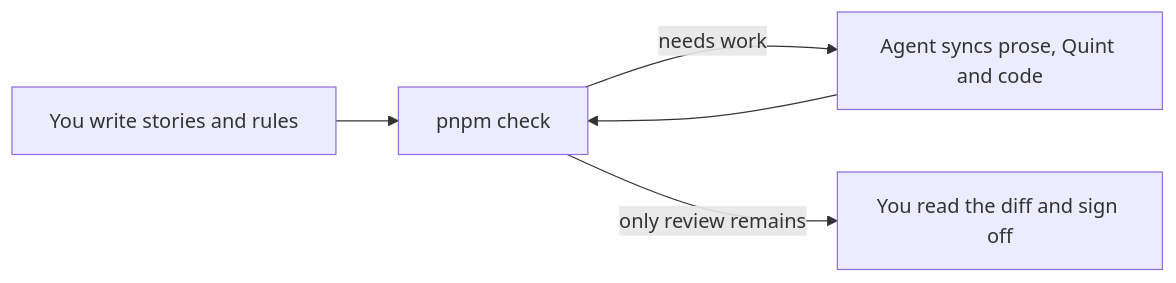
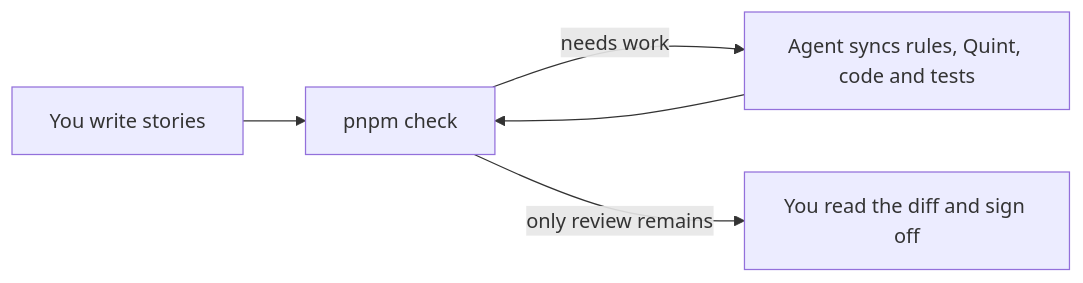
One commit to lalalune/vibespec-starter changed the second of 2 diagrams in README.md. Above: the diagram before and after it, drawn with Mermaid. The commit also changed other lines of this file, not shown here.

````diff
--- a/README.md
+++ b/README.md
@@ -164,7 +177,7 @@
 ```mermaid
 flowchart LR
-  edit["You write stories and rules"] --> check["pnpm check"]
-  check -- "needs work" --> agent["Agent syncs prose, Quint and code"]
+  edit["You write stories"] --> check["pnpm check"]
+  check -- "needs work" --> agent["Agent syncs rules, Quint, code and tests"]
   agent --> check
   check -- "only review remains" --> accept["You read the diff and sign off"]
 ```
````
